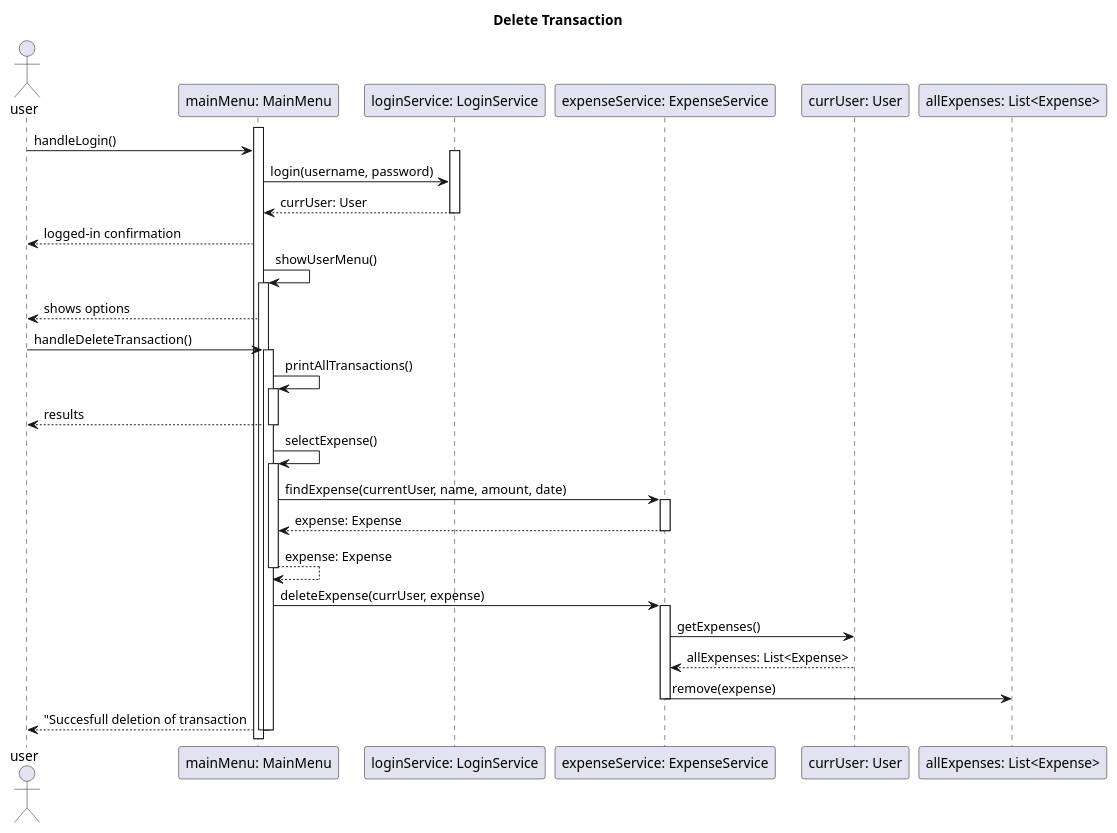
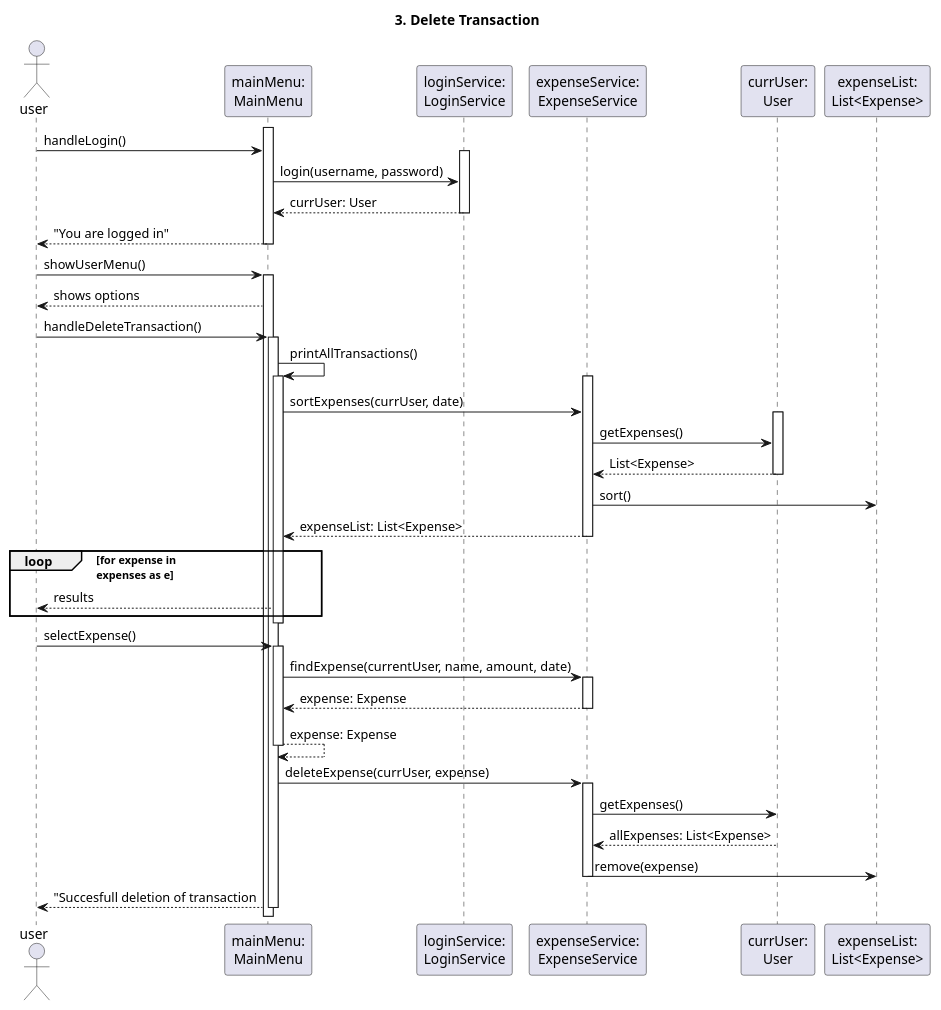
One commit to subisksbn/OOP_final_financeTracker changed the diagram in UML/seq_delete.puml. Above: the diagram before and after it, drawn with PlantUML. The commit also changed 8 other files, not shown here.

Commit message:
Finished Sequence Diagrams for all Use Cases

```diff
--- a/UML/seq_delete.puml
+++ b/UML/seq_delete.puml
@@ -1,64 +1,79 @@
 @startuml
-title Delete Transaction
+title 3. Delete Transaction
 actor user
-participant "mainMenu: MainMenu" as mainMenu
-participant "loginService: LoginService" as loginService
-participant "expenseService: ExpenseService" as expenseService
-participant "currUser: User" as currUser
-participant "allExpenses: List<Expense>" as allExpenses
+participant "mainMenu:\nMainMenu" as mainMenu
+participant "loginService:\nLoginService" as loginService
+participant "expenseService:\nExpenseService" as expenseService
+participant "currUser:\nUser" as currUser
+participant "expenseList:\nList<Expense>" as expenseList
 
+' FIRST login
 activate mainMenu
-    user -> mainMenu: handleLogin()
-    
+user -> mainMenu: handleLogin()
     activate loginService
         mainMenu -> loginService: login(username, password)
         loginService --> mainMenu: currUser: User
     deactivate loginService
-    mainMenu --> user: logged-in confirmation
+    mainMenu --> user: "You are logged in"
+deactivate mainMenu
+' now logged in, proceed'
 
+'showUserMenu()
+user -> mainMenu: showUserMenu()
+activate mainMenu
+    ' User chooses 3. Delete a transaction
+    mainMenu --> user: shows options
     
-    mainMenu -> mainMenu: showUserMenu()
-    'showUserMenu()
+    'handleDeleteTransaction()
+    user -> mainMenu: handleDeleteTransaction()
     activate mainMenu
-        ' User chooses 3. Delete a transaction
-        mainMenu --> user: shows options
-        
-            user -> mainMenu: handleDeleteTransaction()
-            activate mainMenu
+            ' Show all current transactions
+            mainMenu -> mainMenu: printAllTransactions()
+            activate mainMenu 
 
-                ' Show all current transactions
-                mainMenu -> mainMenu: printAllTransactions()
-                    activate mainMenu 
+                activate expenseService
+                mainMenu -> expenseService: sortExpenses(currUser, date)
+                    activate currUser
+                        expenseService -> currUser: getExpenses()
+                        currUser --> expenseService: List<Expense>
+                    deactivate currUser
+                    expenseService -> expenseList: sort()
+
+                    expenseService --> mainMenu: expenseList: List<Expense>
+                deactivate expenseService
+                
+                'show all expenses
+                loop for expense in\nexpenses as e
                     mainMenu --> user: results
-                    deactivate mainMenu 
-                ' end of menu: printAllTransactions()
+                end
+            deactivate mainMenu 
+            ' end of menu: printAllTransactions()
 
-                mainMenu -> mainMenu: selectExpense()
-                    activate mainMenu
-                    
-                    mainMenu -> expenseService: findExpense(currentUser, name, amount, date)
-                    activate expenseService
-                    expenseService --> mainMenu: expense: Expense
-                    deactivate expenseService
-
-                    mainMenu --> mainMenu: expense: Expense
-                    deactivate mainMenu
-                ' end of selectExpense
-
-                mainMenu -> expenseService: deleteExpense(currUser, expense)
+            user -> mainMenu: selectExpense()
+            activate mainMenu    
+                mainMenu -> expenseService: findExpense(currentUser, name, amount, date)
                 activate expenseService
-                    expenseService -> currUser: getExpenses()
-                    currUser --> expenseService: allExpenses: List<Expense>
-                    expenseService -> allExpenses: remove(expense)
+                expenseService --> mainMenu: expense: Expense
                 deactivate expenseService
 
-                mainMenu --> user: "Succesfull deletion of transaction
+                mainMenu --> mainMenu: expense: Expense
+            deactivate mainMenu
+            ' end of selectExpense
 
-            'deactivate handleDeleteTransaction()
-            deactivate mainMenu 
+            mainMenu -> expenseService: deleteExpense(currUser, expense)
+            activate expenseService
+                expenseService -> currUser: getExpenses()
+                currUser --> expenseService: allExpenses: List<Expense>
+                expenseService -> expenseList: remove(expense)
+            deactivate expenseService
 
-    'deactivate showUserMenu()
-    deactivate mainMenu
+            mainMenu --> user: "Succesfull deletion of transaction
+
+        'deactivate handleDeleteTransaction()
+        deactivate mainMenu 
+
+'deactivate showUserMenu()
+'deactivate mainMenu
 
 'mainMenu: show()
 @enduml
```
